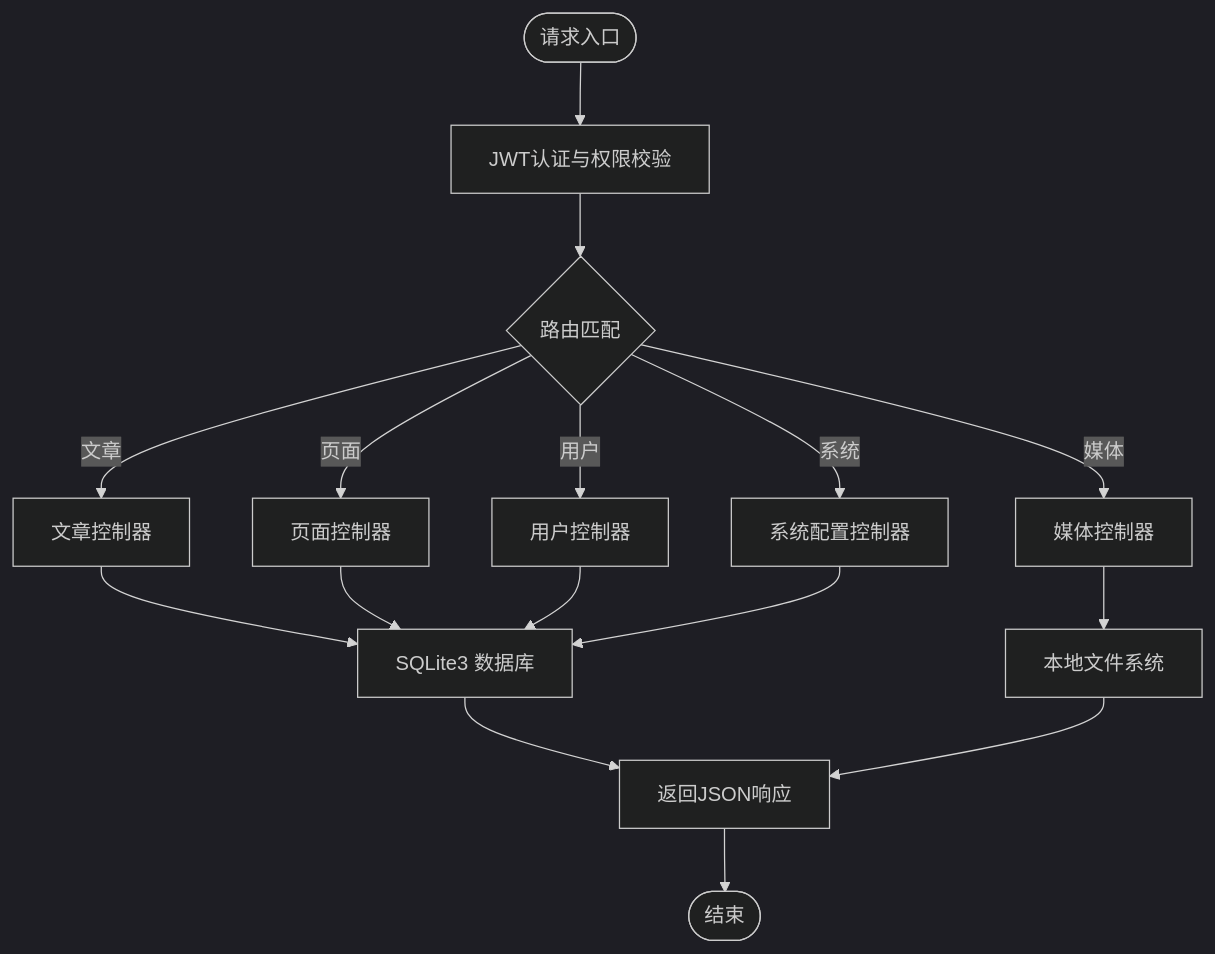
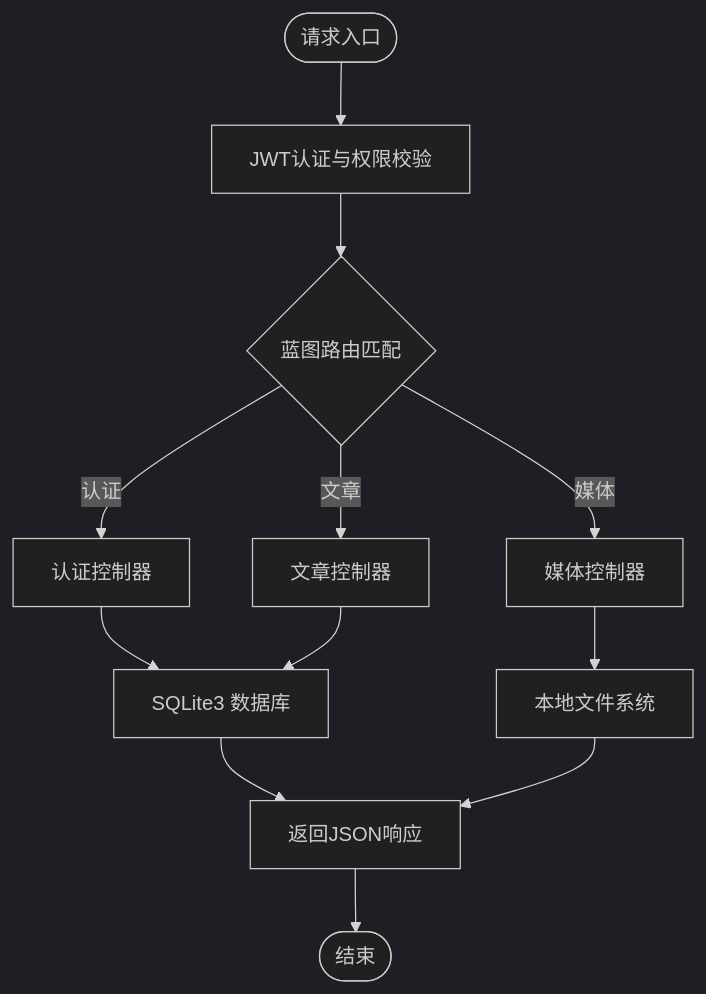
One commit to wyg5208/website_diy changed the fifth of 6 diagrams in .qoder/repowiki/zh/content/技术架构设计/技术架构设计.md. Above: the diagram before and after it, drawn with Mermaid (dark theme). The commit also changed other lines of this file and 43 other files, not shown here.

````diff
--- a/.qoder/repowiki/zh/content/技术架构设计/技术架构设计.md
+++ b/.qoder/repowiki/zh/content/技术架构设计/技术架构设计.md
@@ -289,18 +275,14 @@
 ```mermaid
 flowchart TD
 Start(["请求入口"]) --> AuthCheck["JWT认证与权限校验"]
-AuthCheck --> Route{"路由匹配"}
-Route --> |文章| PostCtrl["文章控制器"]
-Route --> |页面| PageCtrl["页面控制器"]
-Route --> |媒体| MediaCtrl["媒体控制器"]
-Route --> |用户| UserCtrl["用户控制器"]
-Route --> |系统| SysCtrl["系统配置控制器"]
-PostCtrl --> DB["SQLite3 数据库"]
-PageCtrl --> DB
+AuthCheck --> Blueprint{"蓝图路由匹配"}
+Blueprint --> |认证| AuthCtrl["认证控制器"]
+Blueprint --> |文章| PostCtrl["文章控制器"]
+Blueprint --> |媒体| MediaCtrl["媒体控制器"]
+AuthCtrl --> DB["SQLite3 数据库"]
+PostCtrl --> DB
 MediaCtrl --> FS["本地文件系统"]
-UserCtrl --> DB
-SysCtrl --> DB
 DB --> Resp["返回JSON响应"]
 FS --> Resp
 Resp --> End(["结束"])
 ```
````
